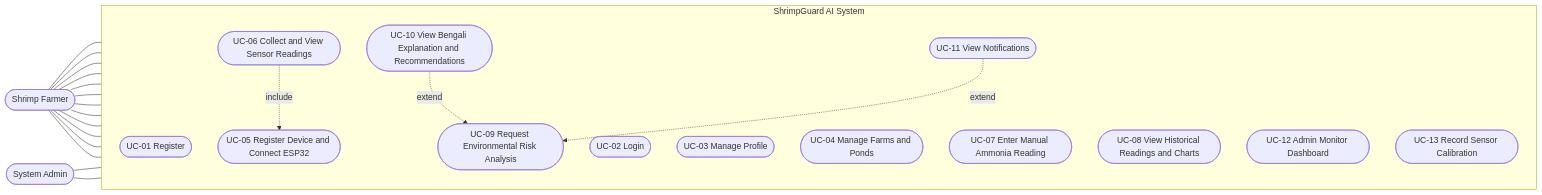
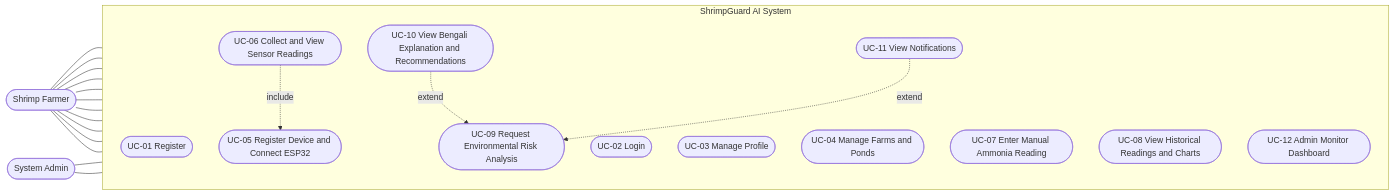
One commit to Grb-47/ShrimpGuard-AI changed the diagram in docs/srs/CSE4104-7C-T04_UseCaseDiagram.md. Above: the diagram before and after it, drawn with Mermaid. The commit also changed other lines of this file and 9 other files, not shown here.

````diff
--- a/docs/srs/CSE4104-7C-T04_UseCaseDiagram.md
+++ b/docs/srs/CSE4104-7C-T04_UseCaseDiagram.md
@@ -16,42 +16,40 @@
 ```mermaid
 flowchart LR
     Farmer([Shrimp Farmer])
     Admin([System Admin])
 
     subgraph SGS["ShrimpGuard AI System"]
         direction TB
         UC01([UC-01 Register])
         UC02([UC-02 Login])
         UC03([UC-03 Manage Profile])
         UC04([UC-04 Manage Farms and Ponds])
         UC05([UC-05 Register Device and Connect ESP32])
         UC06([UC-06 Collect and View Sensor Readings])
         UC07([UC-07 Enter Manual Ammonia Reading])
         UC08([UC-08 View Historical Readings and Charts])
         UC09([UC-09 Request Environmental Risk Analysis])
         UC10([UC-10 View Bengali Explanation and Recommendations])
         UC11([UC-11 View Notifications])
         UC12([UC-12 Admin Monitor Dashboard])
-        UC13([UC-13 Record Sensor Calibration])
     end
 
     Farmer --- UC01
     Farmer --- UC02
     Farmer --- UC03
     Farmer --- UC04
     Farmer --- UC05
     Farmer --- UC06
     Farmer --- UC07
     Farmer --- UC08
     Farmer --- UC09
     Farmer --- UC10
     Farmer --- UC11
-    Farmer --- UC13
 
     Admin --- UC02
     Admin --- UC12
 
     UC06 -.->|include| UC05
     UC10 -.->|extend| UC09
     UC11 -.->|extend| UC09
 ```
````
